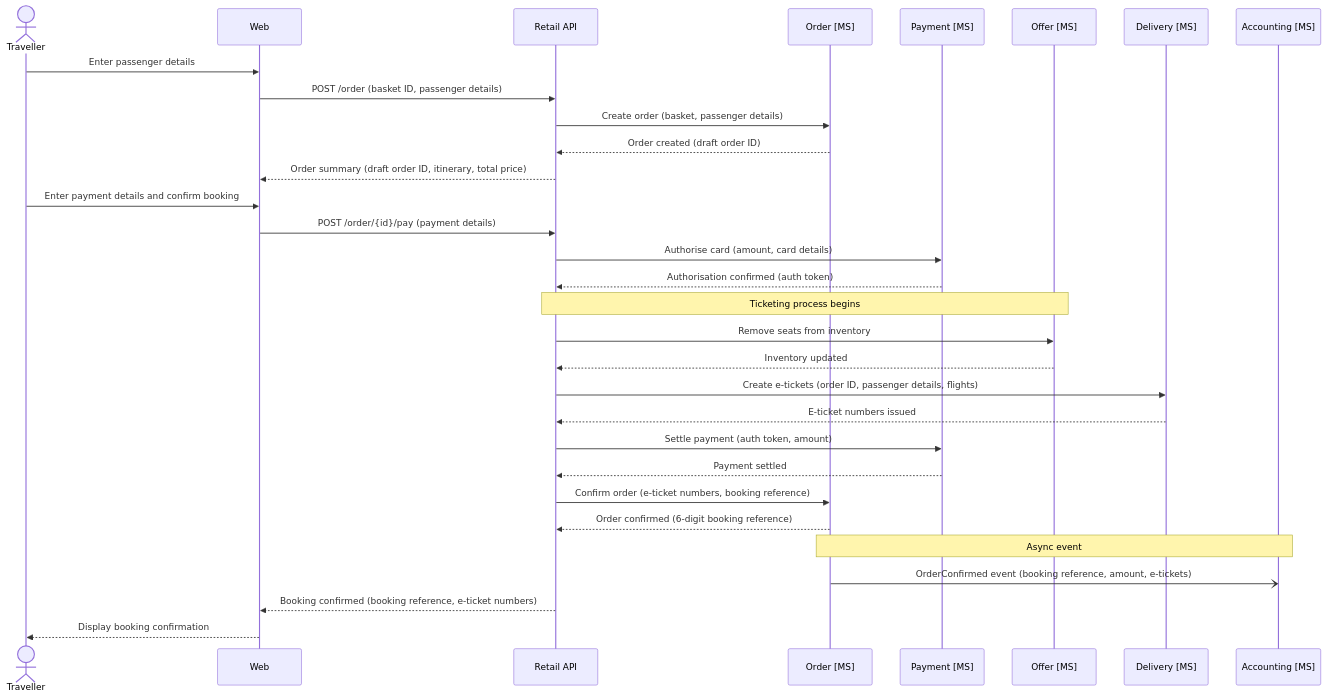
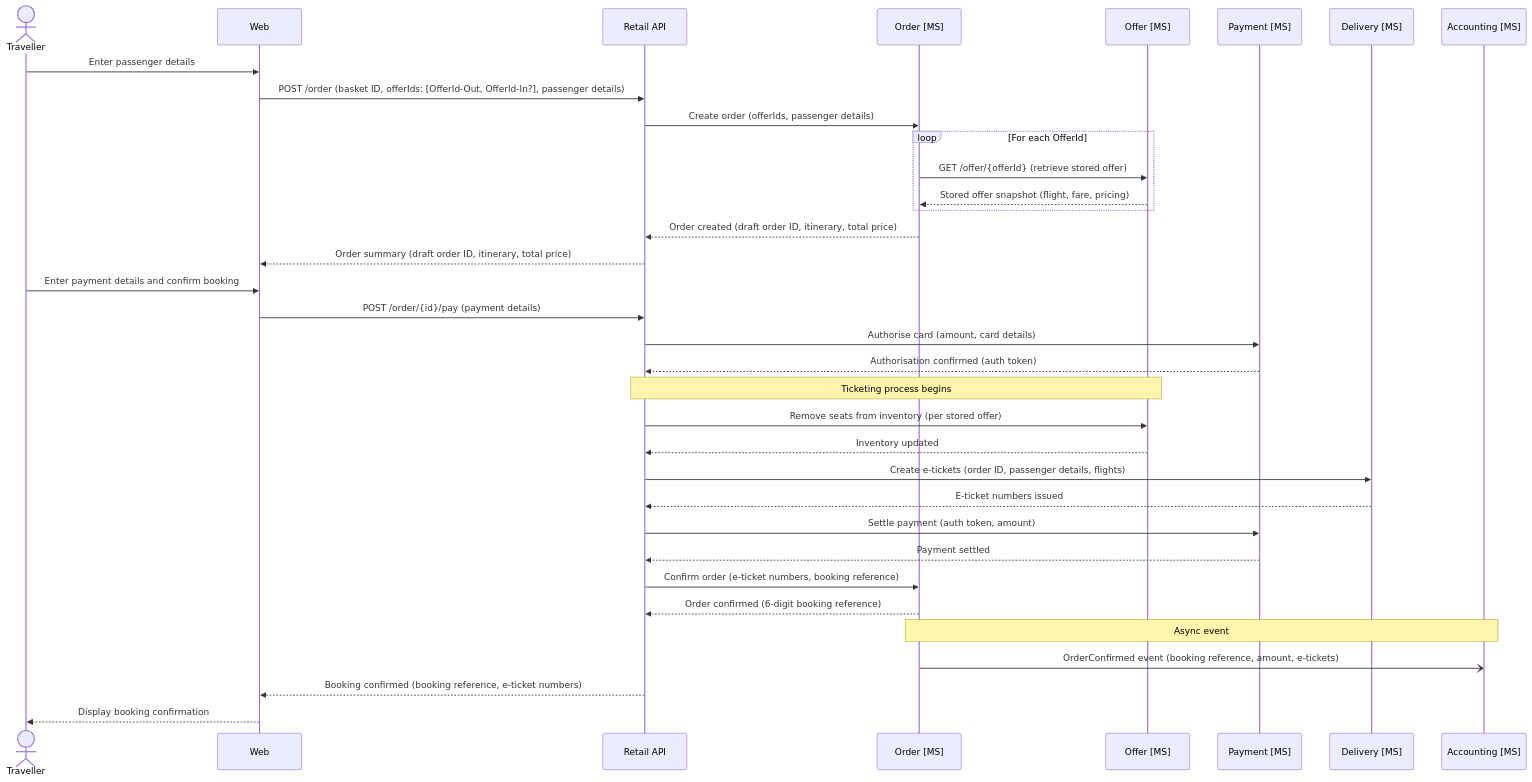
Before and after one commit to sebharvey/airline-reservation-system: the third of 7 diagrams in architecture/design.md, drawn with Mermaid. The commit also changed other lines of this file, not shown here.

````diff
--- a/architecture/design.md
+++ b/architecture/design.md
@@ -234,44 +276,50 @@
 ```mermaid
 sequenceDiagram
     actor Traveller
     participant Web
     participant RetailAPI as Retail API
     participant OrderMS as Order [MS]
+    participant OfferMS as Offer [MS]
     participant PaymentMS as Payment [MS]
-    participant OfferMS as Offer [MS]
     participant DeliveryMS as Delivery [MS]
     participant AccountingMS as Accounting [MS]
 
     Traveller->>Web: Enter passenger details
 
-    Web->>RetailAPI: POST /order (basket ID, passenger details)
-    RetailAPI->>OrderMS: Create order (basket, passenger details)
-    OrderMS-->>RetailAPI: Order created (draft order ID)
+    Web->>RetailAPI: POST /order (basket ID, offerIds: [OfferId-Out, OfferId-In?], passenger details)
+    RetailAPI->>OrderMS: Create order (offerIds, passenger details)
+
+    loop For each OfferId
+        OrderMS->>OfferMS: GET /offer/{offerId} (retrieve stored offer)
+        OfferMS-->>OrderMS: Stored offer snapshot (flight, fare, pricing)
+    end
+
+    OrderMS-->>RetailAPI: Order created (draft order ID, itinerary, total price)
     RetailAPI-->>Web: Order summary (draft order ID, itinerary, total price)
 
     Traveller->>Web: Enter payment details and confirm booking
 
     Web->>RetailAPI: POST /order/{id}/pay (payment details)
     RetailAPI->>PaymentMS: Authorise card (amount, card details)
     PaymentMS-->>RetailAPI: Authorisation confirmed (auth token)
 
     Note over RetailAPI, OfferMS: Ticketing process begins
 
-    RetailAPI->>OfferMS: Remove seats from inventory
+    RetailAPI->>OfferMS: Remove seats from inventory (per stored offer)
     OfferMS-->>RetailAPI: Inventory updated
 
     RetailAPI->>DeliveryMS: Create e-tickets (order ID, passenger details, flights)
     DeliveryMS-->>RetailAPI: E-ticket numbers issued
 
     RetailAPI->>PaymentMS: Settle payment (auth token, amount)
     PaymentMS-->>RetailAPI: Payment settled
 
     RetailAPI->>OrderMS: Confirm order (e-ticket numbers, booking reference)
     OrderMS-->>RetailAPI: Order confirmed (6-digit booking reference)
 
     Note over OrderMS, AccountingMS: Async event
     OrderMS-)AccountingMS: OrderConfirmed event (booking reference, amount, e-tickets)
 
     RetailAPI-->>Web: Booking confirmed (booking reference, e-ticket numbers)
     Web-->>Traveller: Display booking confirmation
 ```
````
